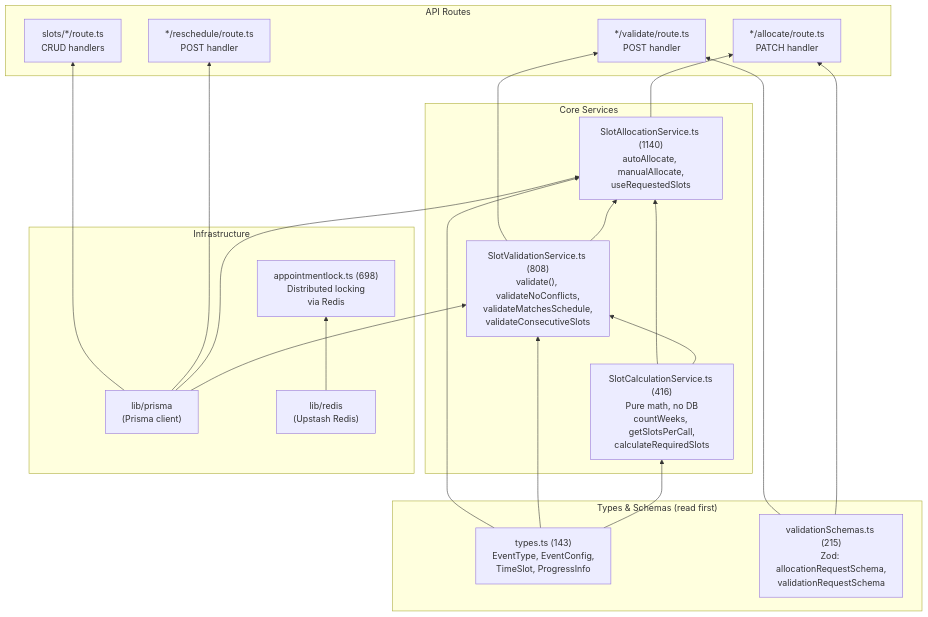
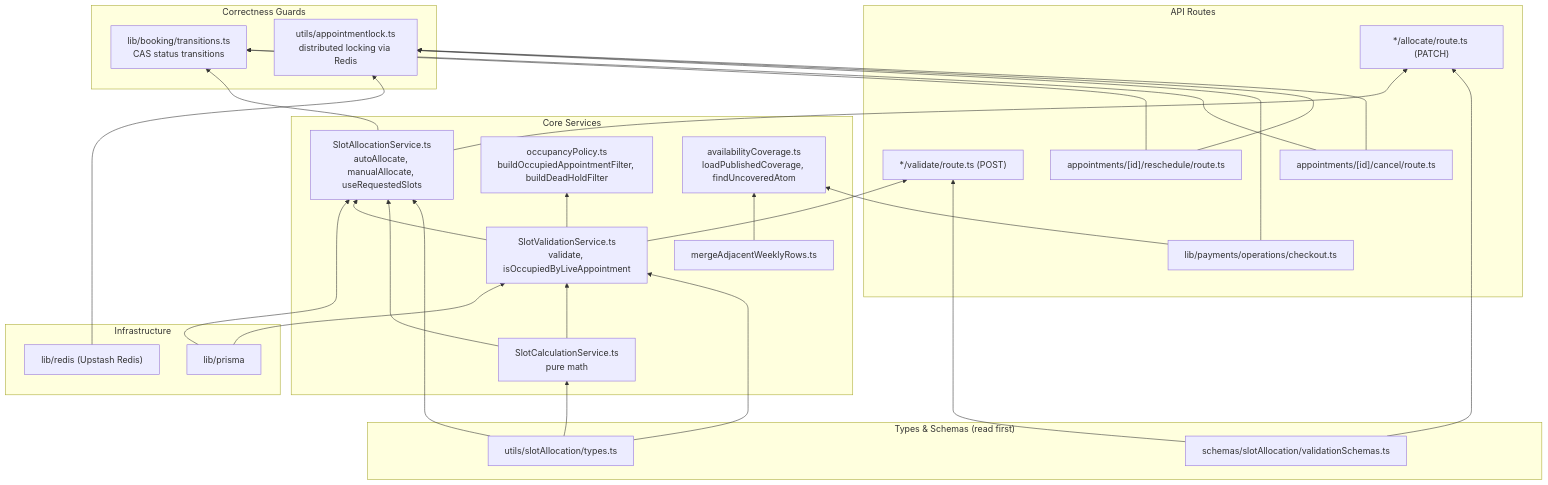
One commit to Practitionist/familiarise_web changed the second of 6 diagrams in docs/booking/06-dependency-graphs.md. Above: the diagram before and after it, drawn with Mermaid. The commit also changed other lines of this file and 25 other files, not shown here.

First line of the commit message:
docs(booking): wave-5 docs refresh — checklist, README, dependency graph, ADR 16 wording, superseded payment docs, dead-code sweep (#1335)

````diff
--- a/docs/booking/06-dependency-graphs.md
+++ b/docs/booking/06-dependency-graphs.md
@@ -53,43 +50,58 @@
 ```mermaid
 flowchart BT
   subgraph types ["Types & Schemas (read first)"]
-    T["types.ts (143)\nEventType, EventConfig,\nTimeSlot, ProgressInfo"]
-    ZOD["validationSchemas.ts (215)\nZod: allocationRequestSchema,\nvalidationRequestSchema"]
+    T["utils/slotAllocation/types.ts"]
+    ZOD["schemas/slotAllocation/validationSchemas.ts"]
   end
 
   subgraph services ["Core Services"]
-    CALC["SlotCalculationService.ts (416)\nPure math, no DB\ncountWeeks, getSlotsPerCall,\ncalculateRequiredSlots"]
-    VAL["SlotValidationService.ts (808)\nvalidate(), validateNoConflicts,\nvalidateMatchesSchedule,\nvalidateConsecutiveSlots"]
-    ALLOC["SlotAllocationService.ts (1140)\nautoAllocate, manualAllocate,\nuseRequestedSlots"]
+    CALC["SlotCalculationService.ts\npure math"]
+    VAL["SlotValidationService.ts\nvalidate, isOccupiedByLiveAppointment"]
+    ALLOC["SlotAllocationService.ts\nautoAllocate, manualAllocate, useRequestedSlots"]
+    OCC["occupancyPolicy.ts\nbuildOccupiedAppointmentFilter, buildDeadHoldFilter"]
+    COV["availabilityCoverage.ts\nloadPublishedCoverage, findUncoveredAtom"]
+    MERGE["mergeAdjacentWeeklyRows.ts"]
+  end
+
+  subgraph guards ["Correctness Guards"]
+    TRANS["lib/booking/transitions.ts\nCAS status transitions"]
+    LOCK["utils/appointmentlock.ts\ndistributed locking via Redis"]
   end
 
   subgraph infra ["Infrastructure"]
-    PRISMA["lib/prisma\n(Prisma client)"]
-    REDIS["lib/redis\n(Upstash Redis)"]
-    LOCK["appointmentlock.ts (698)\nDistributed locking\nvia Redis"]
+    PRISMA["lib/prisma"]
+    REDIS["lib/redis (Upstash Redis)"]
   end
 
   subgraph routes ["API Routes"]
-    R_ALLOC["*/allocate/route.ts\nPATCH handler"]
-    R_VAL["*/validate/route.ts\nPOST handler"]
-    R_RESCH["*/reschedule/route.ts\nPOST handler"]
-    R_SLOTS["slots/*/route.ts\nCRUD handlers"]
+    R_ALLOC["*/allocate/route.ts (PATCH)"]
+    R_VAL["*/validate/route.ts (POST)"]
+    R_CANCEL["appointments/[id]/cancel/route.ts"]
+    R_RESCH["appointments/[id]/reschedule/route.ts"]
+    R_CHECKOUT["lib/payments/operations/checkout.ts"]
   end
 
   T --> CALC
   T --> VAL
   T --> ALLOC
   CALC --> VAL
   CALC --> ALLOC
   VAL --> ALLOC
+  VAL --> OCC
   PRISMA --> VAL
   PRISMA --> ALLOC
   REDIS --> LOCK
 
   ZOD --> R_ALLOC
   ZOD --> R_VAL
   ALLOC --> R_ALLOC
   VAL --> R_VAL
-  PRISMA --> R_RESCH
-  PRISMA --> R_SLOTS
+  ALLOC --> TRANS
+  R_CANCEL --> TRANS
+  R_CANCEL --> LOCK
+  R_RESCH --> TRANS
+  R_RESCH --> LOCK
+  R_CHECKOUT --> COV
+  R_CHECKOUT --> LOCK
+  MERGE --> COV
 ```
````
